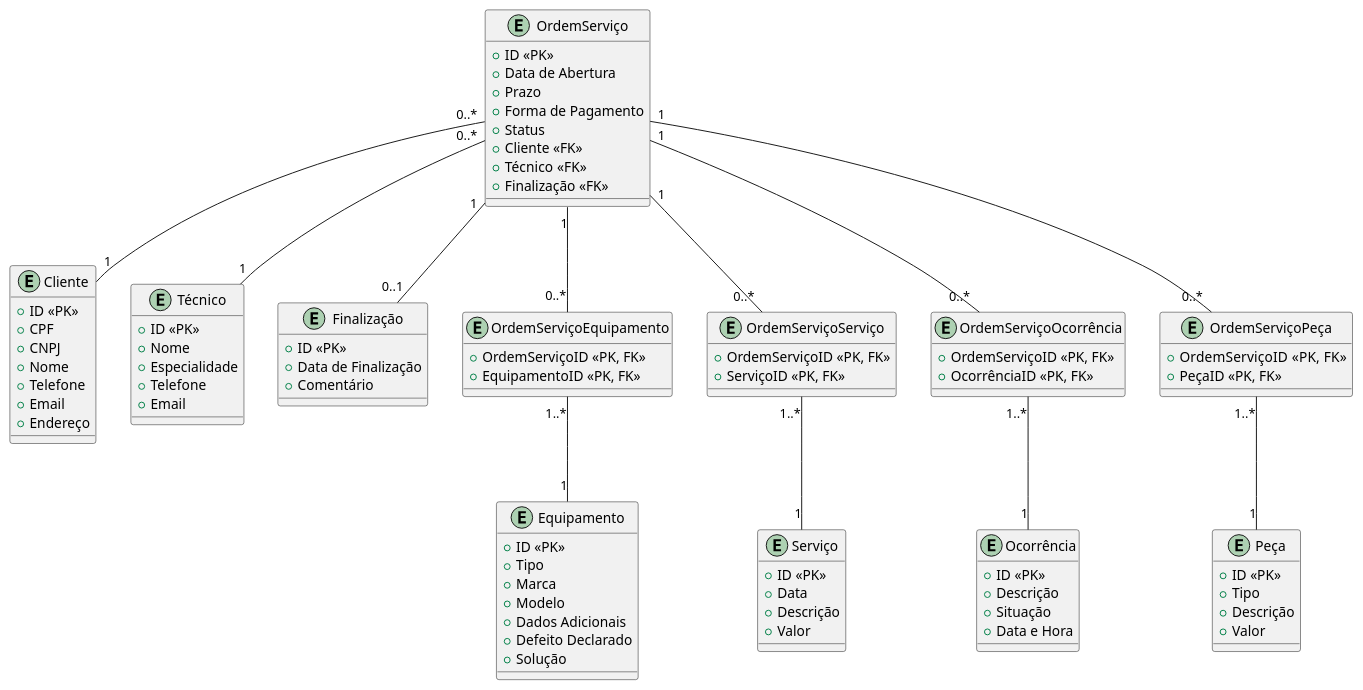
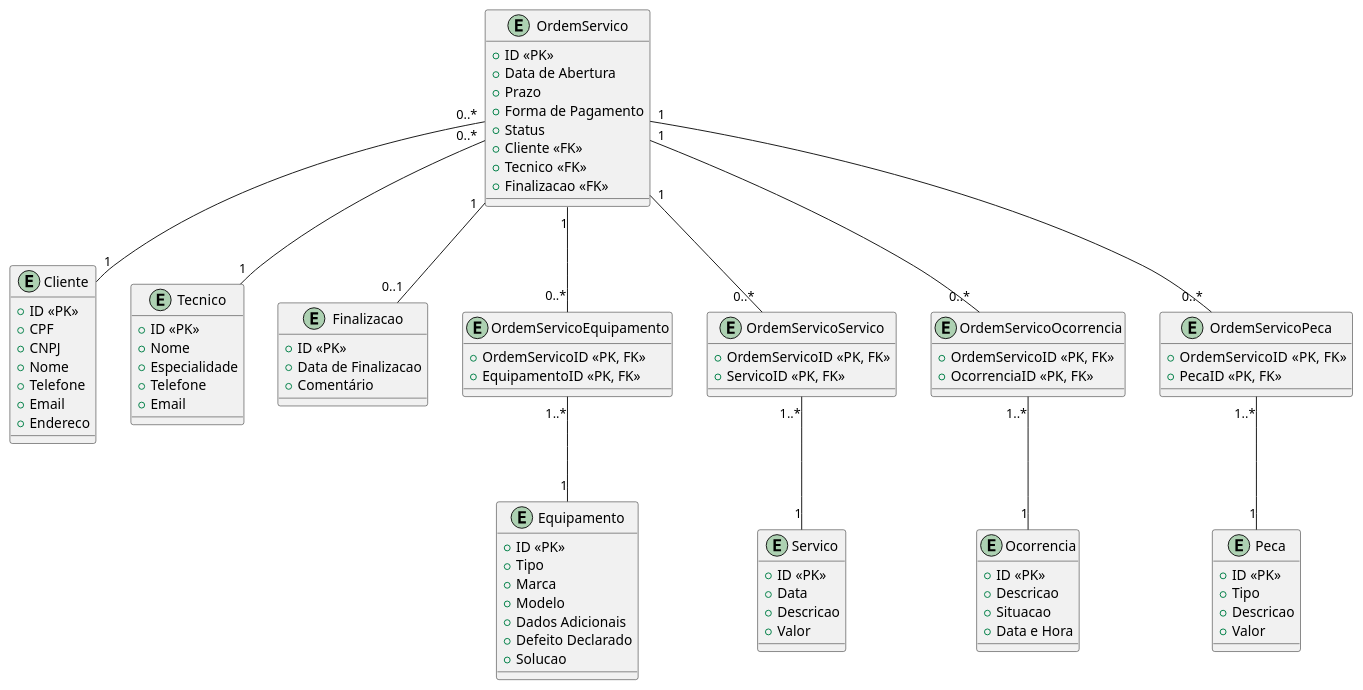
The diagram in ProjetoPessoal/files/database/diagrama_ordem_servico.plantuml (joaopedropinto/Trilha-DotNet-Grupo5), drawn with PlantUML before and after one commit.

Commit message:
corrigindo caracteres especiais

```diff
--- a/ProjetoPessoal/files/database/diagrama_ordem_servico.plantuml
+++ b/ProjetoPessoal/files/database/diagrama_ordem_servico.plantuml
@@ -1,102 +1,102 @@
-@startuml Gestão de Ordem de Serviço
-entity OrdemServiço {
+@startuml Gestao de Ordem de Servico
+entity OrdemServico {
 + ID <<PK>>
   + Data de Abertura
   + Prazo
   + Forma de Pagamento
   + Status
 + Cliente <<FK>>
-+ Técnico <<FK>>
-+ Finalização <<FK>>
++ Tecnico <<FK>>
++ Finalizacao <<FK>>
 }
 
 entity Cliente {
 + ID <<PK>>
   + CPF
   + CNPJ
   + Nome
   + Telefone
   + Email
-  + Endereço
+  + Endereco
 }
 
-entity Técnico {
+entity Tecnico {
 + ID <<PK>>
   + Nome
   + Especialidade
   + Telefone
   + Email
 }
 
 
 entity Equipamento {
 + ID <<PK>>
   + Tipo
   + Marca
   + Modelo
   + Dados Adicionais
   + Defeito Declarado
-  + Solução
+  + Solucao
 }
 
-entity Serviço {
+entity Servico {
 + ID <<PK>>
   + Data
-  + Descrição
+  + Descricao
   + Valor
 }
 
-entity Ocorrência {
+entity Ocorrencia {
 + ID <<PK>>
-  + Descrição
-  + Situação
+  + Descricao
+  + Situacao
   + Data e Hora
 }
 
 
-entity Peça {
+entity Peca {
 + ID <<PK>>
   + Tipo
-  + Descrição
+  + Descricao
   + Valor
 }
 
-entity Finalização {
+entity Finalizacao {
 + ID <<PK>>
-  + Data de Finalização
+  + Data de Finalizacao
   + Comentário
 }
 
-entity OrdemServiçoEquipamento{
- + OrdemServiçoID <<PK, FK>>
+entity OrdemServicoEquipamento{
+ + OrdemServicoID <<PK, FK>>
  + EquipamentoID <<PK, FK>>
 }
 
-entity OrdemServiçoServiço {
- + OrdemServiçoID <<PK, FK>>
- + ServiçoID <<PK, FK>>
+entity OrdemServicoServico {
+ + OrdemServicoID <<PK, FK>>
+ + ServicoID <<PK, FK>>
 }
 
-entity OrdemServiçoOcorrência{
-  + OrdemServiçoID <<PK, FK>>
-  + OcorrênciaID <<PK, FK>>
+entity OrdemServicoOcorrencia{
+  + OrdemServicoID <<PK, FK>>
+  + OcorrenciaID <<PK, FK>>
 }
 
-entity OrdemServiçoPeça {
-  + OrdemServiçoID  <<PK, FK>>
-  + PeçaID <<PK, FK>>
+entity OrdemServicoPeca {
+  + OrdemServicoID  <<PK, FK>>
+  + PecaID <<PK, FK>>
 }
 
 
-OrdemServiço "0..*" -- "1" Cliente
-OrdemServiço "0..*" --"1" Técnico
-OrdemServiço "1" -- "0..*" OrdemServiçoEquipamento
-OrdemServiçoEquipamento"1..*" -- "1" Equipamento
-OrdemServiço "1" -- "0..*" OrdemServiçoServiço
-OrdemServiçoServiço"1..*" -- "1" Serviço
-OrdemServiço "1" -- "0..*" OrdemServiçoOcorrência
-OrdemServiço "1" -- "0..*" OrdemServiçoPeça
-OrdemServiçoOcorrência"1..*" -- "1" Ocorrência
-OrdemServiçoPeça "1..*" -- "1" Peça
-OrdemServiço "1" --"0..1" Finalização
+OrdemServico "0..*" -- "1" Cliente
+OrdemServico "0..*" --"1" Tecnico
+OrdemServico "1" -- "0..*" OrdemServicoEquipamento
+OrdemServicoEquipamento"1..*" -- "1" Equipamento
+OrdemServico "1" -- "0..*" OrdemServicoServico
+OrdemServicoServico"1..*" -- "1" Servico
+OrdemServico "1" -- "0..*" OrdemServicoOcorrencia
+OrdemServico "1" -- "0..*" OrdemServicoPeca
+OrdemServicoOcorrencia"1..*" -- "1" Ocorrencia
+OrdemServicoPeca "1..*" -- "1" Peca
+OrdemServico "1" --"0..1" Finalizacao
 @enduml
```
